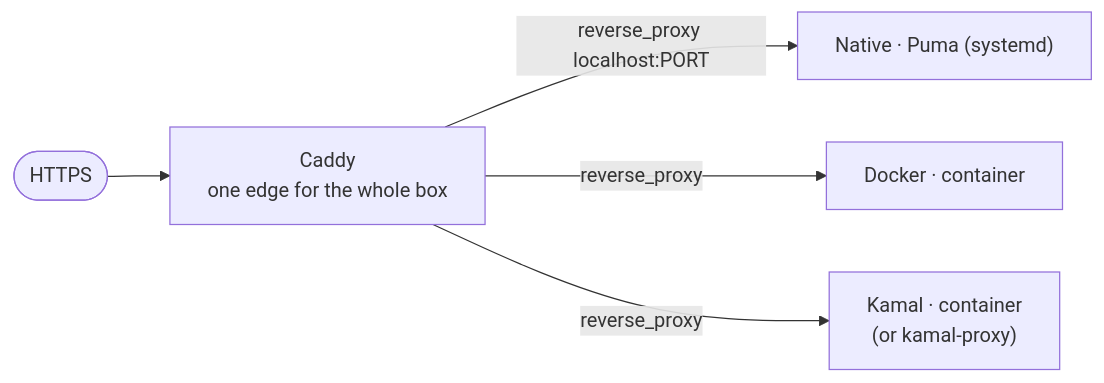
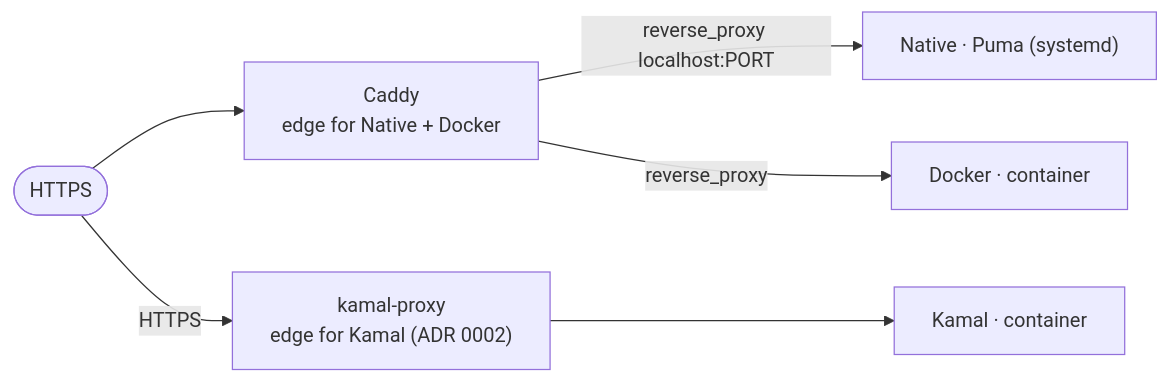
One commit to nauman/rails-conductor changed the third of 3 diagrams in docs/ARCHITECTURE.md. Above: the diagram before and after it, drawn with Mermaid. The commit also changed other lines of this file and 4 other files, not shown here.

First line of the commit message:
docs: fix architecture diagrams + delivery-sequence harness contract (audit P2)

````diff
--- a/docs/ARCHITECTURE.md
+++ b/docs/ARCHITECTURE.md
@@ -69,7 +72,8 @@
 ```mermaid
 flowchart LR
-    NET(["HTTPS"]) --> C["Caddy<br/>one edge for the whole box"]
+    NET(["HTTPS"]) --> C["Caddy<br/>edge for Native + Docker"]
     C -->|reverse_proxy localhost:PORT| P1["Native · Puma (systemd)"]
     C -->|reverse_proxy| P2["Docker · container"]
-    C -->|reverse_proxy| P3["Kamal · container<br/>(or kamal-proxy)"]
+    NET -->|HTTPS| KP["kamal-proxy<br/>edge for Kamal (ADR 0002)"]
+    KP --> P3["Kamal · container"]
 ```
````
